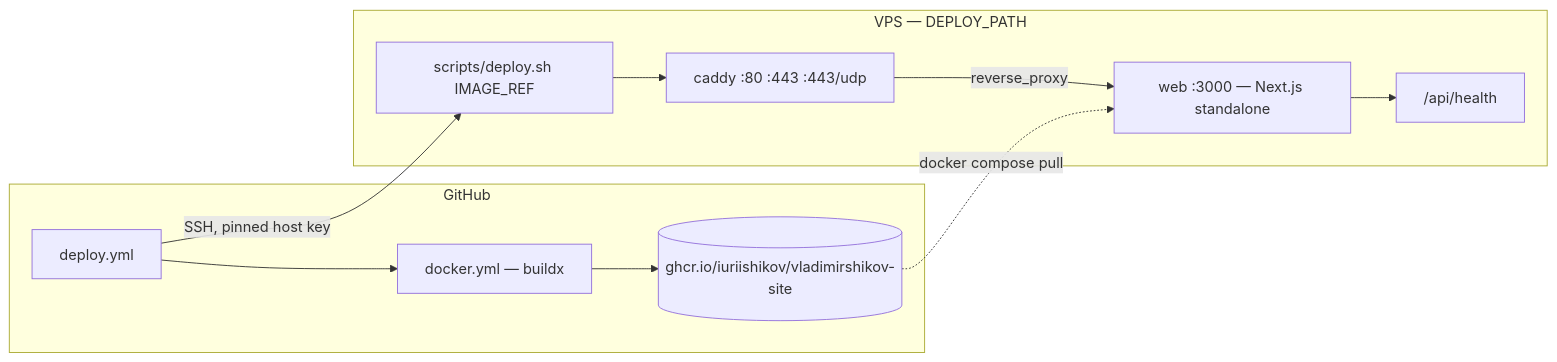
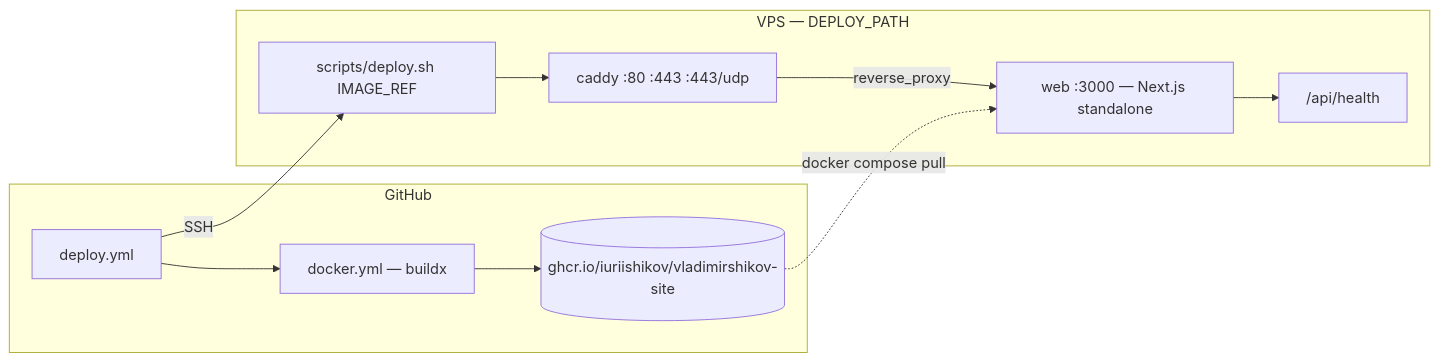
Before and after one commit to iuriishikov/vladimirshikov-site: the diagram in docs/deployment.md, drawn with Mermaid. The commit also changed other lines of this file and 7 other files, not shown here.

First line of the commit message:
ci: drop SSH host key pinning from deploy and rollback

````diff
--- a/docs/deployment.md
+++ b/docs/deployment.md
@@ -14,14 +14,14 @@
 ```mermaid
 flowchart LR
     subgraph GH["GitHub"]
         A["deploy.yml"] --> B["docker.yml — buildx"]
         B --> C[("ghcr.io/iuriishikov/vladimirshikov-site")]
     end
-    A -->|"SSH, pinned host key"| D
+    A -->|"SSH"| D
     subgraph VPS["VPS — DEPLOY_PATH"]
         D["scripts/deploy.sh IMAGE_REF"] --> E["caddy :80 :443 :443/udp"]
         E -->|"reverse_proxy"| F["web :3000 — Next.js standalone"]
         F --> G["/api/health"]
     end
     C -.->|"docker compose pull"| F
 ```
````
